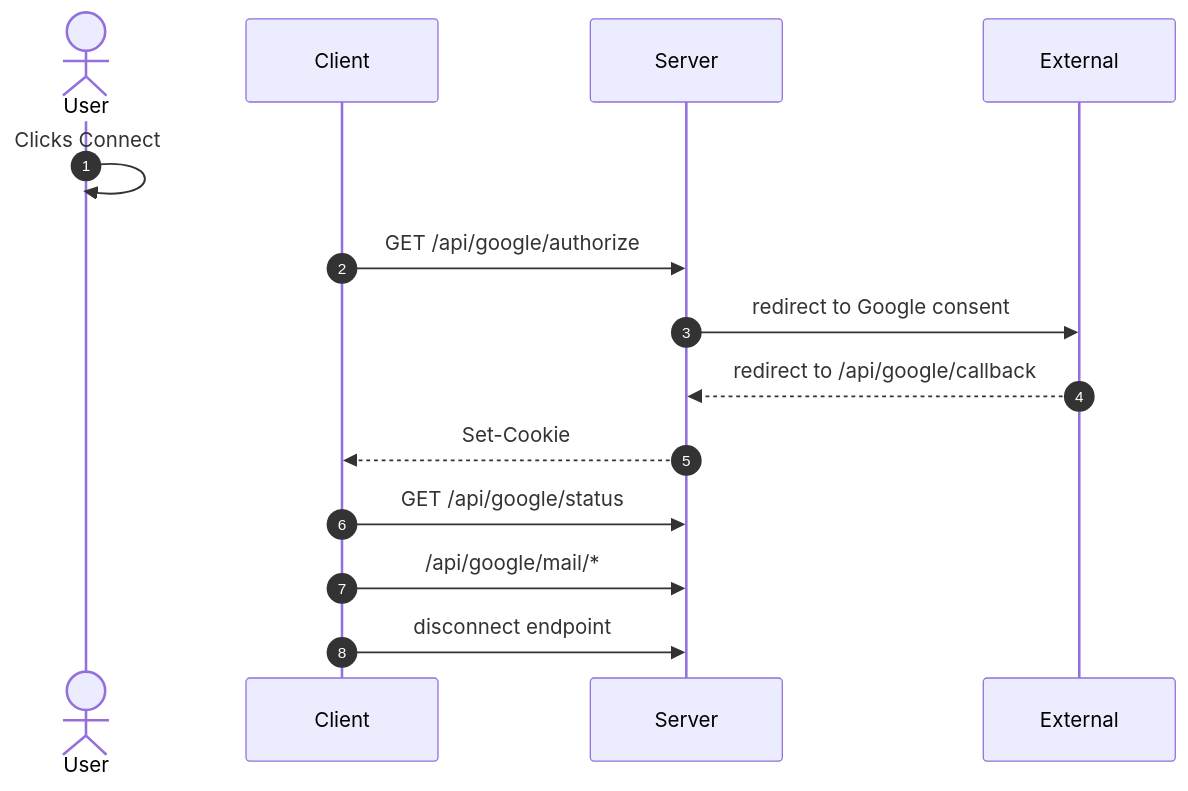
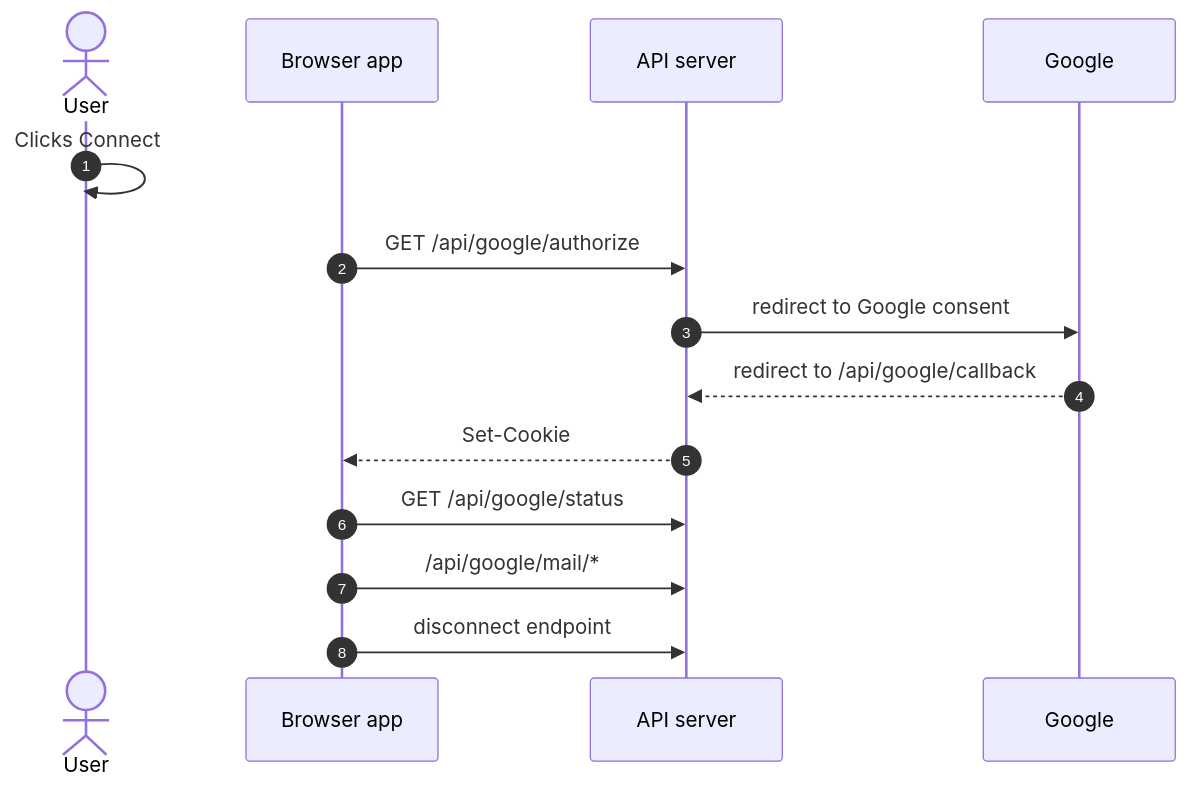
The diagram in docs/architecture/workflows/google-connect.md (lngsa1234/mini-muse-mvp), drawn with Mermaid before and after one commit. The commit also changed other lines of this file and 23 other files, not shown here.

````diff
--- a/docs/architecture/workflows/google-connect.md
+++ b/docs/architecture/workflows/google-connect.md
@@ -15,16 +15,16 @@
 ```mermaid
 sequenceDiagram
   autonumber
   actor user as User
-  participant client as Client
-  participant server as Server
-  participant external as External
+  participant client as Browser app
+  participant server as API server
+  participant external as Google
   user->>user: Clicks Connect
   client->>server: GET /api/google/authorize
   server->>external: redirect to Google consent
   external-->>server: redirect to /api/google/callback
   server-->>client: Set-Cookie
   client->>server: GET /api/google/status
   client->>server: /api/google/mail/*
   client->>server: disconnect endpoint
 ```
````
